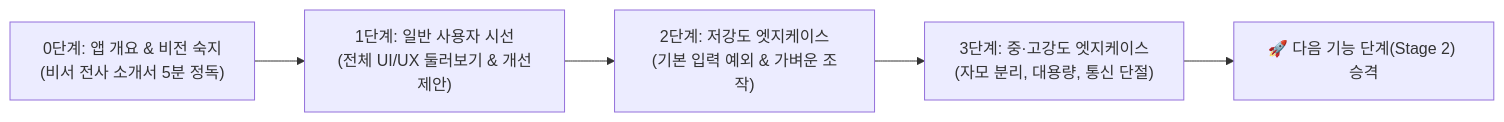
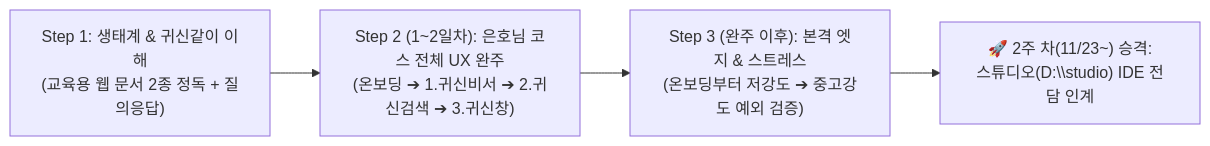
Before and after one commit to Han-jinwook/Ghosti: the diagram in docs/GHOSTI_QA_TWO_TRACK_OPERATION_SPEC.md, drawn with Mermaid. The commit also changed other lines of this file and 1 other file, not shown here.

Commit message:
feat(qa): 노션 담당(UX/로직) 태그 및 로직 초반 둘러보기 5항목 예외 + 소희님 QA 올인 로드맵 반영

````diff
--- a/docs/GHOSTI_QA_TWO_TRACK_OPERATION_SPEC.md
+++ b/docs/GHOSTI_QA_TWO_TRACK_OPERATION_SPEC.md
@@ -14,7 +16,6 @@
 ```mermaid
 flowchart LR
-    Step0["0단계: 앱 개요 & 비전 숙지<br>(비서 전사 소개서 5분 정독)"] --> Step1["1단계: 일반 사용자 시선<br>(전체 UI/UX 둘러보기 & 개선제안)"]
-    Step1 --> Step2["2단계: 저강도 엣지케이스<br>(기본 입력 예외 & 가벼운 조작)"]
-    Step2 --> Step3["3단계: 중·고강도 엣지케이스<br>(자모 분리, 대용량, 통신 단절)"]
-    Step3 --> Step4["🚀 다음 기능 단계(Stage 2) 승격"]
+    Step1["Step 1: 생태계 & 귀신같이 이해<br>(교육용 웹 문서 2종 정독 + 질의응답)"] --> Step2["Step 2 (1~2일차): 은호님 코스 전체 UX 완주<br>(온보딩 ➔ 1.귀신비서 ➔ 2.귀신검색 ➔ 3.귀신창)"]
+    Step2 --> Step3["Step 3 (완주 이후): 본격 엣지 & 스트레스<br>(온보딩부터 저강도 ➔ 중고강도 예외 검증)"]
+    Step3 --> Week2["🚀 2주 차(11/23~) 승격:<br>스튜디오(D:\\studio) IDE 전담 인계"]
 ```
````
